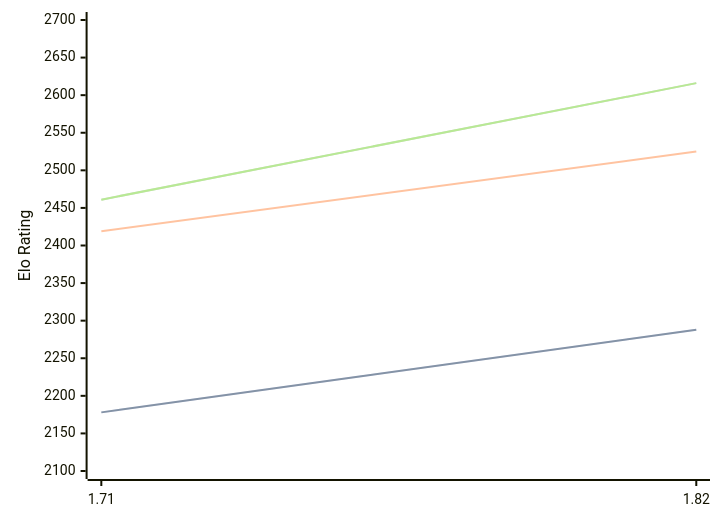
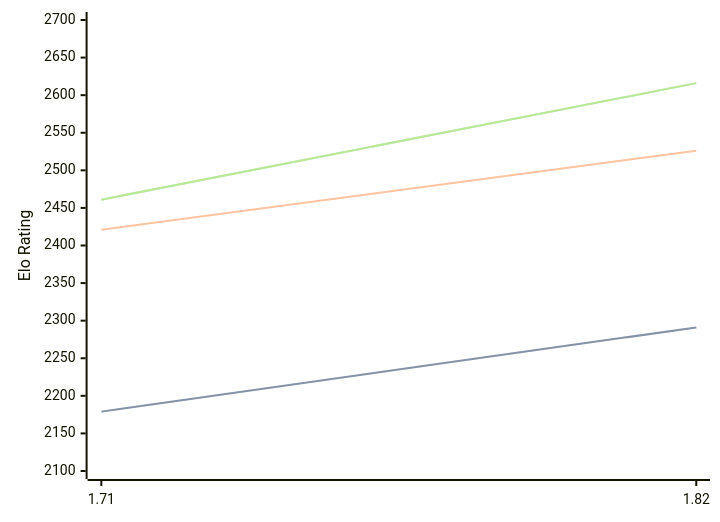
The first of 3 diagrams in engines/Amira.md (computer-chess-index/cci), drawn with Mermaid before and after one commit. The commit also changed other lines of this file, not shown here.

````diff
--- a/engines/Amira.md
+++ b/engines/Amira.md
@@ -35,11 +35,11 @@
 ```mermaid
 %%{init: {"theme":"base","themeVariables":{"seriesColors:['#a3a3a3','#222221','#faa371']}}}%%
 xychart-beta
   x-axis ["1.71", "1.82"]
   y-axis "Elo Rating" 2100 --> 2700
-  line "STC (8.0+0.08s)" [2178, 2288]
-  line "STC (8.0+0.08s)" [2178, 2288]
-  line "LTC (60.0+0.60s)" [2419, 2525]
+  line "STC (8.0+0.08s)" [2179, 2291]
+  line "STC (8.0+0.08s)" [2179, 2291]
+  line "LTC (60.0+0.60s)" [2421, 2526]
   line "VLTC (2m24s+1.12s)" [2461, 2616]
   line "VLTC (2m24s+1.12s)" [2461, 2616]
 ```
````
